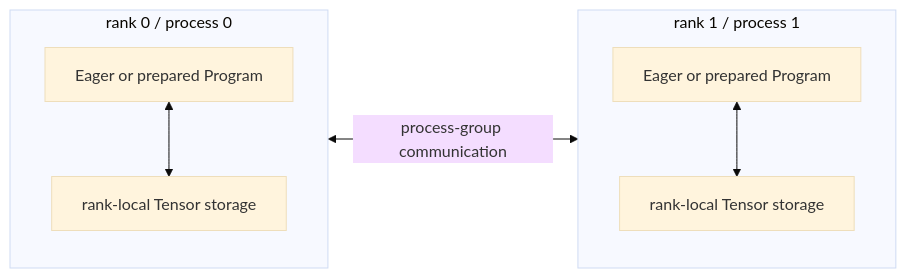
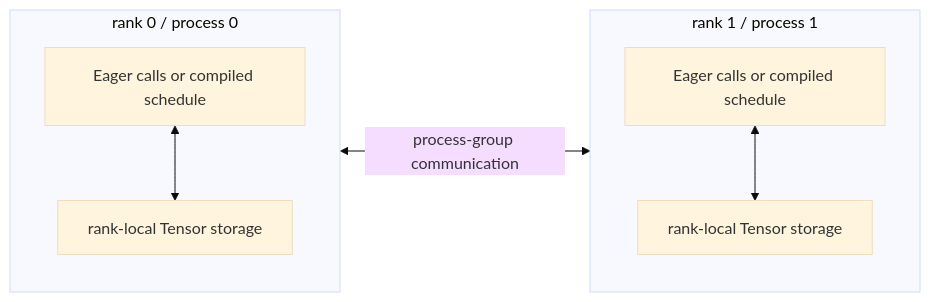
One commit to visualDust/fhelium changed the first of 3 diagrams in docs/concepts/distributed/spmd-model.md. Above: the diagram before and after it, drawn with Mermaid (base theme). The commit also changed 475 other files, not shown here.

````diff
--- a/docs/concepts/distributed/spmd-model.md
+++ b/docs/concepts/distributed/spmd-model.md
@@ -7,14 +7,14 @@
 ```mermaid
 graph LR
     subgraph R0[rank 0 / process 0]
-      E0[Eager or prepared Program]
+      E0[Eager calls or compiled schedule]
       V0[rank-local Tensor storage]
       E0 <--> V0
     end
     subgraph R1[rank 1 / process 1]
-      E1[Eager or prepared Program]
+      E1[Eager calls or compiled schedule]
       V1[rank-local Tensor storage]
       E1 <--> V1
     end
     R0 <-->|process-group communication| R1
 ```
````
